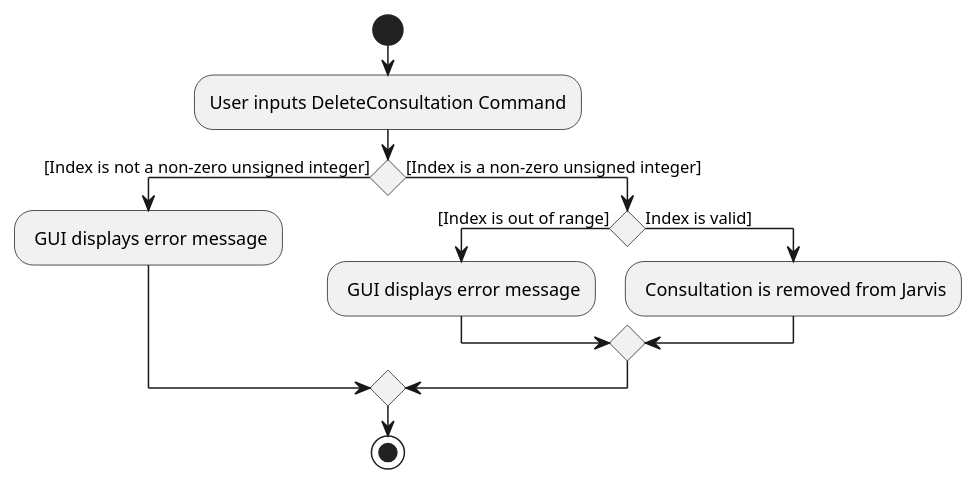
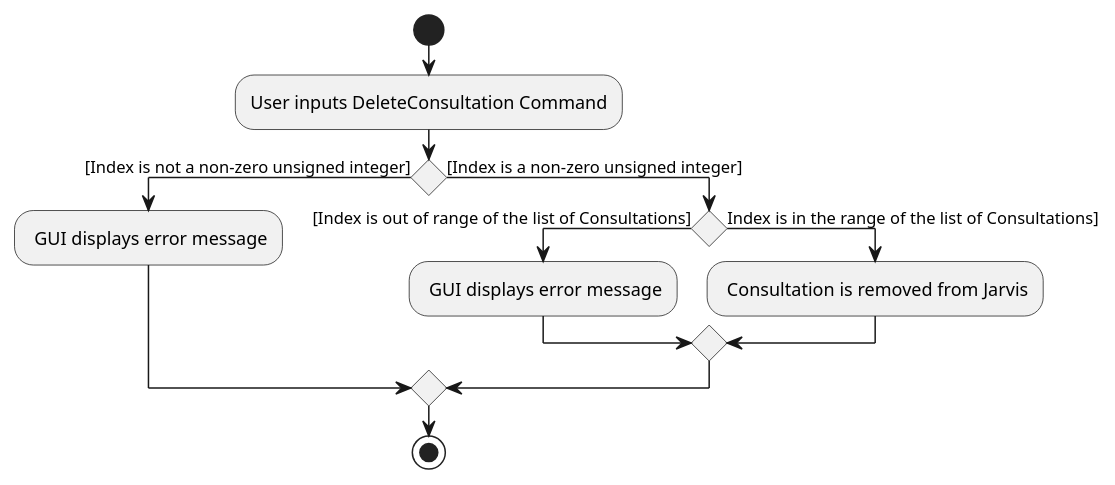
The diagram in docs/diagrams/DeleteConsultationPathDiagram.puml (wireseo/tp), drawn with PlantUML before and after one commit. The commit also changed 5 other files, not shown here.

Commit message:
Updated Diagrams

```diff
--- a/docs/diagrams/DeleteConsultationPathDiagram.puml
+++ b/docs/diagrams/DeleteConsultationPathDiagram.puml
@@ -1,15 +1,15 @@
 @startuml
 start
 :User inputs DeleteConsultation Command;
 
 if () then ([Index is not a non-zero unsigned integer])
     : GUI displays error message;
 else ([Index is a non-zero unsigned integer])
-    if () then ([Index is out of range])
+    if () then ([Index is out of range of the list of Consultations])
         : GUI displays error message;
-    else (Index is valid])
+    else (Index is in the range of the list of Consultations])
         : Consultation is removed from Jarvis;
     endif
 endif
 stop
 @enduml
```
